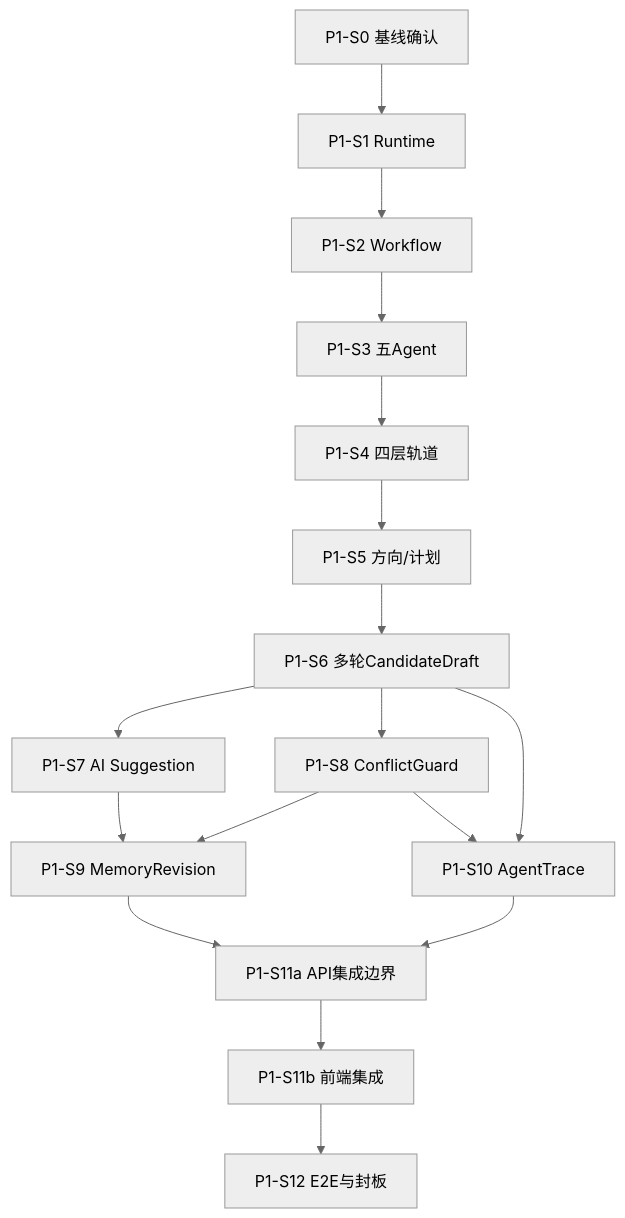
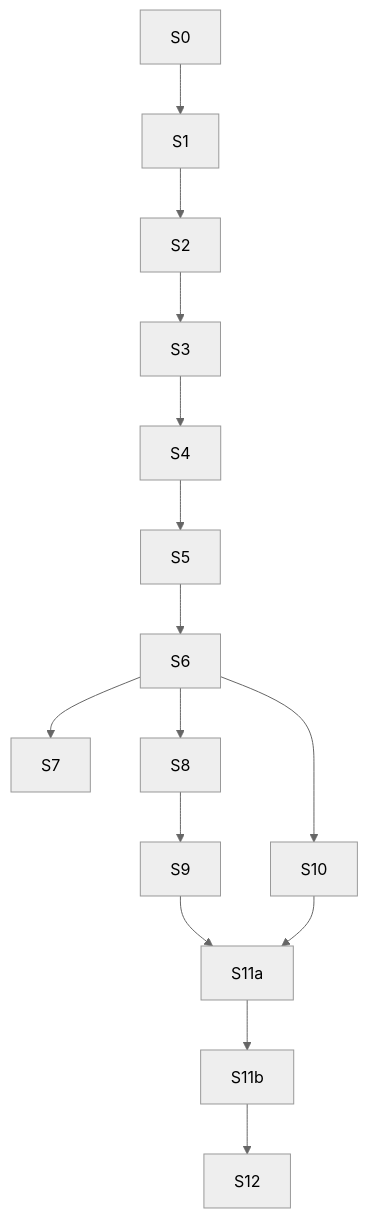
Before and after one commit to octsfm/InkTrace: the diagram in docs/04_plan/InkTrace-V2.0-P1-开发计划.md, drawn with Mermaid (neutral theme). The commit also changed other lines of this file and 101 other files, not shown here.

````diff
--- a/docs/04_plan/InkTrace-V2.0-P1-开发计划.md
+++ b/docs/04_plan/InkTrace-V2.0-P1-开发计划.md
@@ -85,19 +70,9 @@
 ```mermaid
 graph TD
-  S0[P1-S0 基线确认] --> S1[P1-S1 Runtime]
-  S1 --> S2[P1-S2 Workflow]
-  S2 --> S3[P1-S3 五Agent]
-  S3 --> S4[P1-S4 四层轨道]
-  S4 --> S5[P1-S5 方向/计划]
-  S5 --> S6[P1-S6 多轮CandidateDraft]
-  S6 --> S7[P1-S7 AI Suggestion]
-  S6 --> S8[P1-S8 ConflictGuard]
-  S7 --> S9[P1-S9 MemoryRevision]
-  S8 --> S9
-  S6 --> S10[P1-S10 AgentTrace]
-  S8 --> S10
-  S9 --> S11a[P1-S11a API集成边界]
-  S10 --> S11a
-  S11a --> S11b[P1-S11b 前端集成]
-  S11b --> S12[P1-S12 E2E与封板]
+  S0 --> S1 --> S2 --> S3 --> S4 --> S5 --> S6
+  S6 --> S7
+  S6 --> S8 --> S9
+  S6 --> S10
+  S9 --> S11a
+  S10 --> S11a --> S11b --> S12
 ```
````
